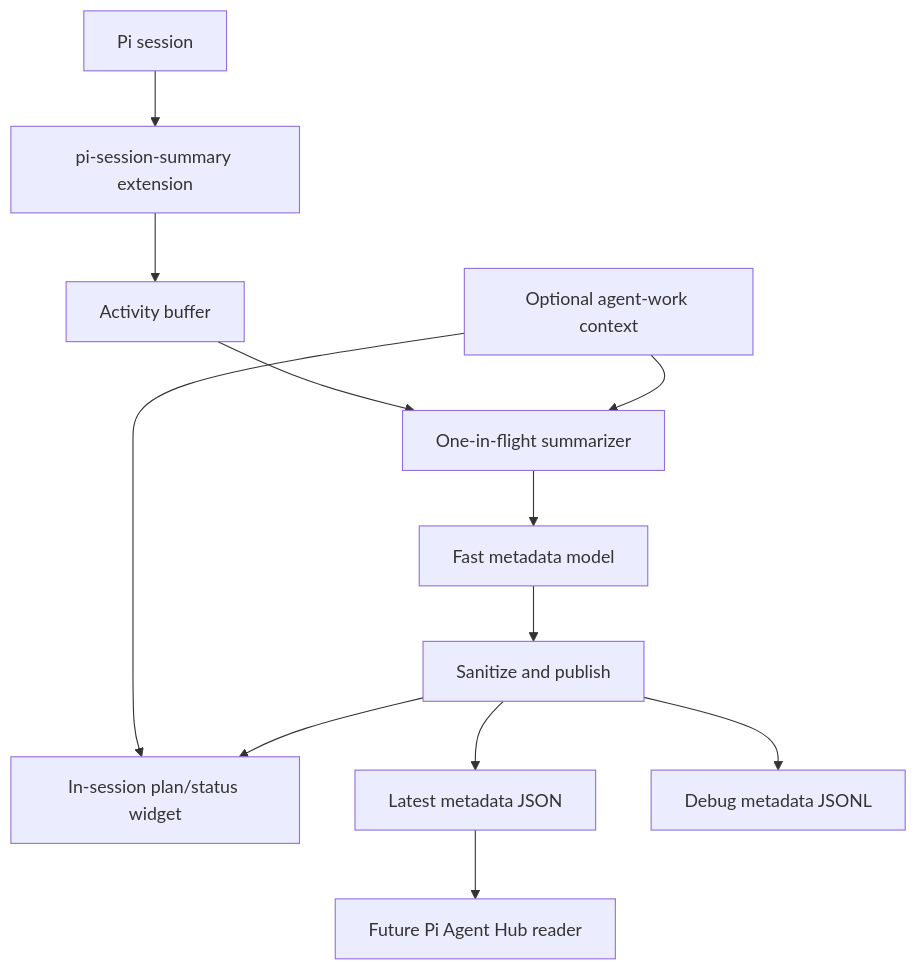
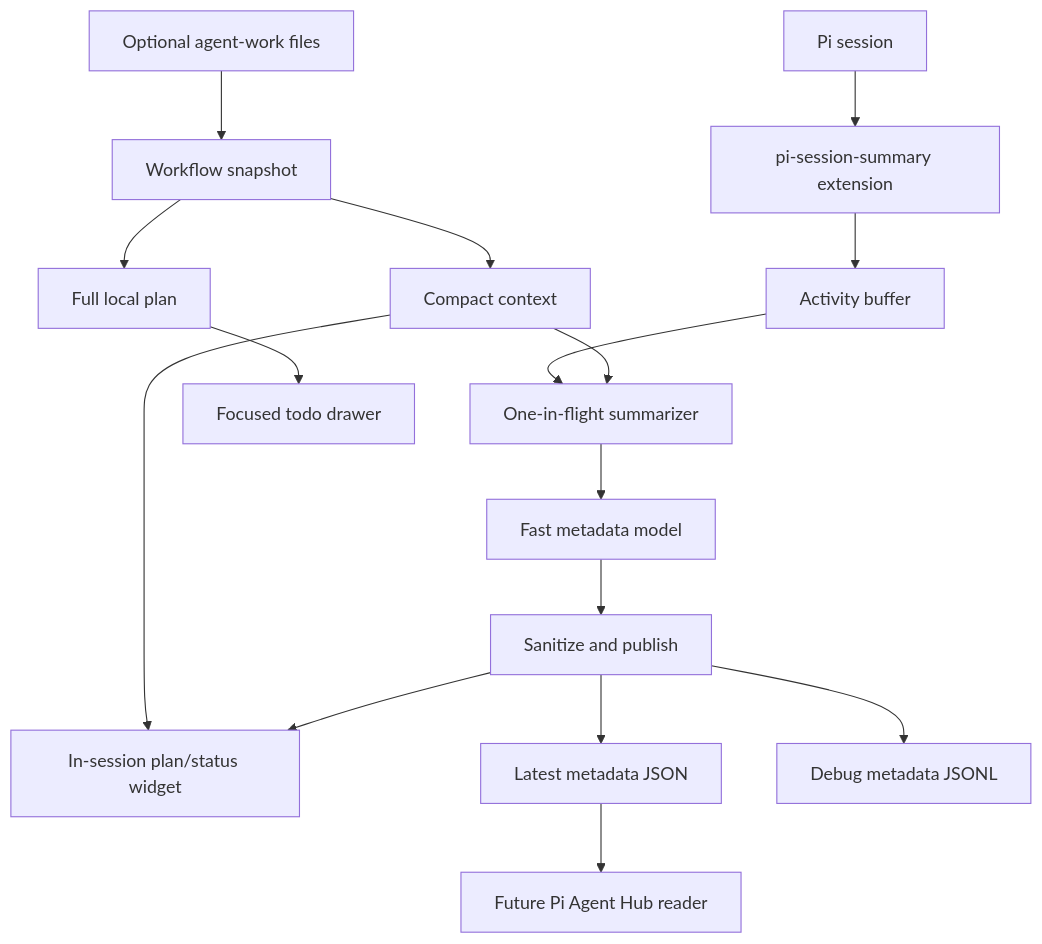
Before and after one commit to masta-g3/pi-session-summary: the diagram in docs/STRUCTURE.md, drawn with Mermaid. The commit also changed other lines of this file and 10 other files, not shown here.

First line of the commit message:
Add a focused full-plan todo drawer.

````diff
--- a/docs/STRUCTURE.md
+++ b/docs/STRUCTURE.md
@@ -46,14 +47,18 @@
 ```mermaid
 flowchart TD
   Session[Pi session] --> Extension[pi-session-summary extension]
   Extension --> Activity[Activity buffer]
   Activity --> Scheduler[One-in-flight summarizer]
-  Workflow[Optional agent-work context] --> Scheduler
-  Workflow --> Widget[In-session plan/status widget]
+  Workflow[Optional agent-work files] --> Snapshot[Workflow snapshot]
+  Snapshot --> Compact[Compact context]
+  Snapshot --> Plan[Full local plan]
+  Compact --> Scheduler
+  Compact --> Widget[In-session plan/status widget]
+  Plan --> Drawer[Focused todo drawer]
   Scheduler --> Model[Fast metadata model]
   Model --> Publish[Sanitize and publish]
   Publish --> Widget
   Publish --> State[Latest metadata JSON]
   Publish --> History[Debug metadata JSONL]
   State --> Hub[Future Pi Agent Hub reader]
 ```
````
